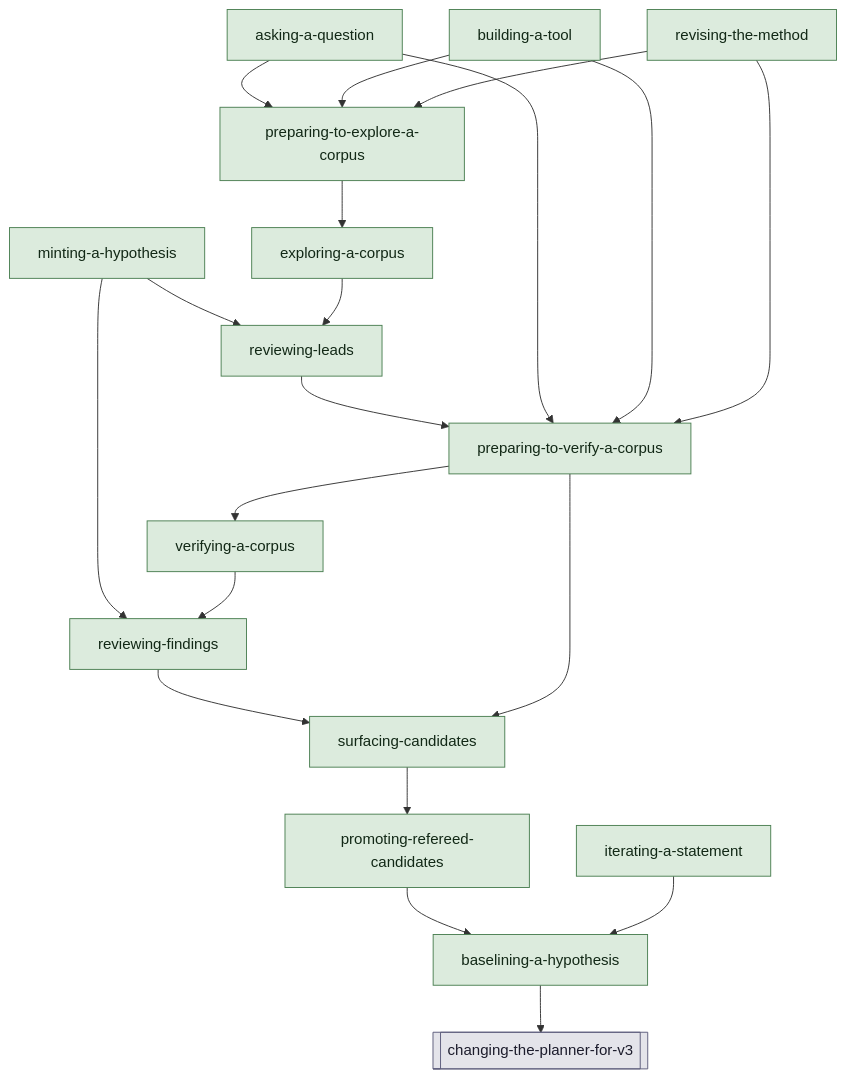
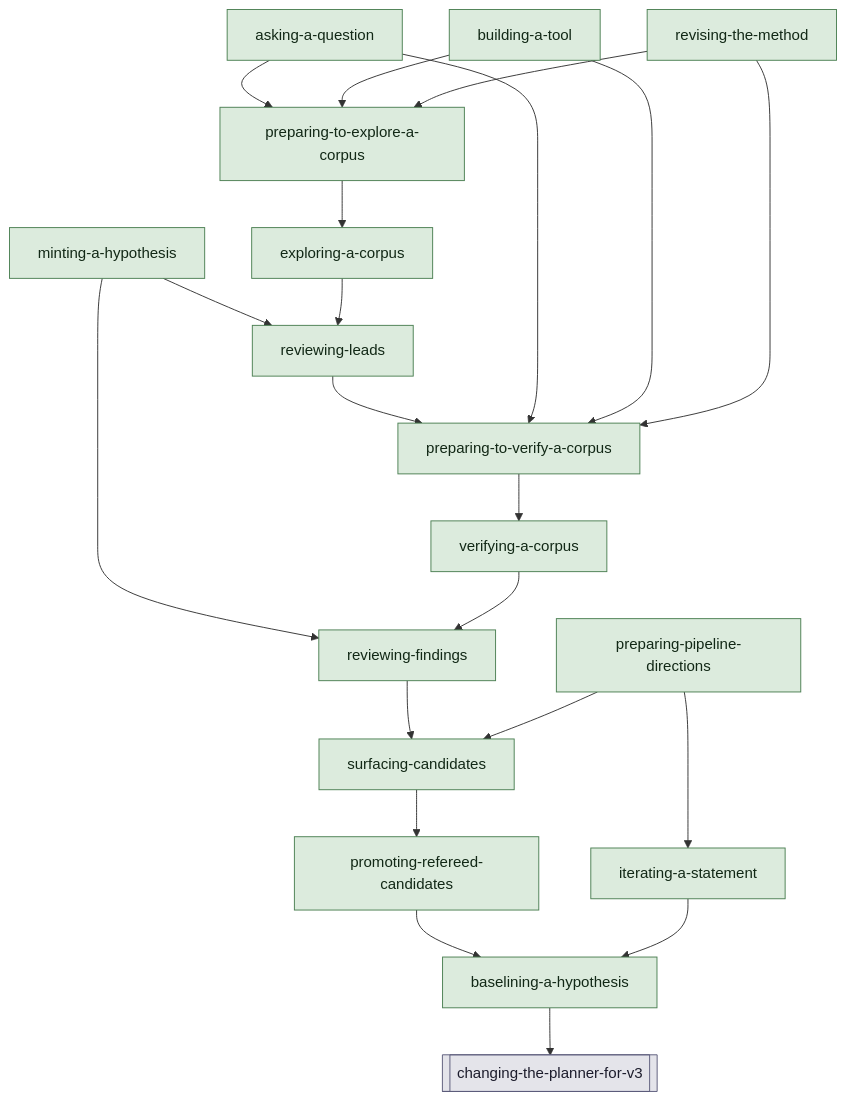
Before and after one commit to bc414/StoryPlanner: the first of 17 diagrams in .claude/skills/v3-buildout-2/map.md, drawn with Mermaid. The commit also changed other lines of this file and 67 other files, not shown here.

````diff
--- a/.claude/skills/v3-buildout-2/map.md
+++ b/.claude/skills/v3-buildout-2/map.md
@@ -7,44 +7,46 @@
 ```mermaid
 flowchart TD
   classDef hitl fill:#e9d8e4,stroke:#7a3e6d,color:#2b1a27
   classDef session fill:#dce6f0,stroke:#3b5b7c,color:#14202c
   classDef agent fill:#f5e6c8,stroke:#b7791f,color:#3a2a08
   classDef artifact fill:#f6f6f4,stroke:#8a94a0,color:#2a2f36
   classDef activity fill:#dcebdd,stroke:#4b7f52,color:#122816
   classDef terminus fill:#e4e4ea,stroke:#5b5b7a,color:#1c1c2c
   changingtheplannerforv3[["changing-the-planner-for-v3"]]:::terminus
   baseliningahypothesis["baselining-a-hypothesis"]:::activity
   promotingrefereedcandidates["promoting-refereed-candidates"]:::activity
   iteratingastatement["iterating-a-statement"]:::activity
   mintingahypothesis["minting-a-hypothesis"]:::activity
   surfacingcandidates["surfacing-candidates"]:::activity
   reviewingfindings["reviewing-findings"]:::activity
   verifyingacorpus["verifying-a-corpus"]:::activity
   preparingtoverifyacorpus["preparing-to-verify-a-corpus"]:::activity
+  preparingpipelinedirections["preparing-pipeline-directions"]:::activity
   reviewingleads["reviewing-leads"]:::activity
   exploringacorpus["exploring-a-corpus"]:::activity
   preparingtoexploreacorpus["preparing-to-explore-a-corpus"]:::activity
   askingaquestion["asking-a-question"]:::activity
   buildingatool["building-a-tool"]:::activity
   revisingthemethod["revising-the-method"]:::activity
 
   baseliningahypothesis --> changingtheplannerforv3
   promotingrefereedcandidates --> baseliningahypothesis
   iteratingastatement --> baseliningahypothesis
   mintingahypothesis --> reviewingleads
   mintingahypothesis --> reviewingfindings
   surfacingcandidates --> promotingrefereedcandidates
   reviewingfindings --> surfacingcandidates
   verifyingacorpus --> reviewingfindings
   preparingtoverifyacorpus --> verifyingacorpus
-  preparingtoverifyacorpus --> surfacingcandidates
+  preparingpipelinedirections --> surfacingcandidates
+  preparingpipelinedirections --> iteratingastatement
   reviewingleads --> preparingtoverifyacorpus
   exploringacorpus --> reviewingleads
   preparingtoexploreacorpus --> exploringacorpus
   askingaquestion --> preparingtoexploreacorpus
   askingaquestion --> preparingtoverifyacorpus
   buildingatool --> preparingtoexploreacorpus
   buildingatool --> preparingtoverifyacorpus
   revisingthemethod --> preparingtoexploreacorpus
   revisingthemethod --> preparingtoverifyacorpus
 ```
````
